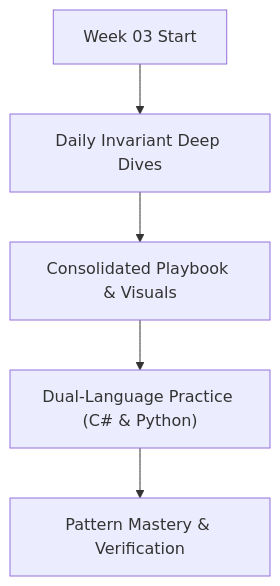
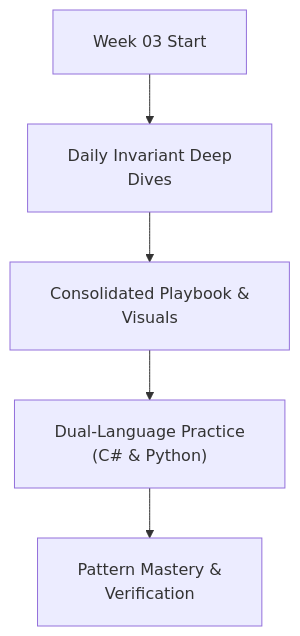
The diagram in week_03_foundations_iii_sorting_and_hashing/README.md (dip4k/DSA_102), drawn with Mermaid before and after one commit. The commit also changed 108 other files, not shown here.

First line of the commit message:
fix(mermaid): resolve diagram clipping, padding, and syntax issues across repo

````diff
--- a/week_03_foundations_iii_sorting_and_hashing/README.md
+++ b/week_03_foundations_iii_sorting_and_hashing/README.md
@@ -16,7 +16,8 @@
 ```mermaid
+%%{init: {"flowchart": {"htmlLabels": true, "padding": 20}}}%%
 flowchart TD
-    Start["Week 03 Start"] --> Daily["Daily Invariant Deep Dives"]
-    Daily --> Playbook["Consolidated Playbook & Visuals"]
-    Playbook --> DualLang["Dual-Language Practice (C# & Python)"]
-    DualLang --> Mastery["Pattern Mastery & Verification"]
+    Start["Week 03 Start"] --> Daily["Daily Invariant Deep<br/>Dives"]
+    Daily --> Playbook["Consolidated Playbook &<br/>Visuals"]
+    Playbook --> DualLang["Dual-Language Practice<br/>(C# & Python)"]
+    DualLang --> Mastery["Pattern Mastery &<br/>Verification"]
 ```
````
